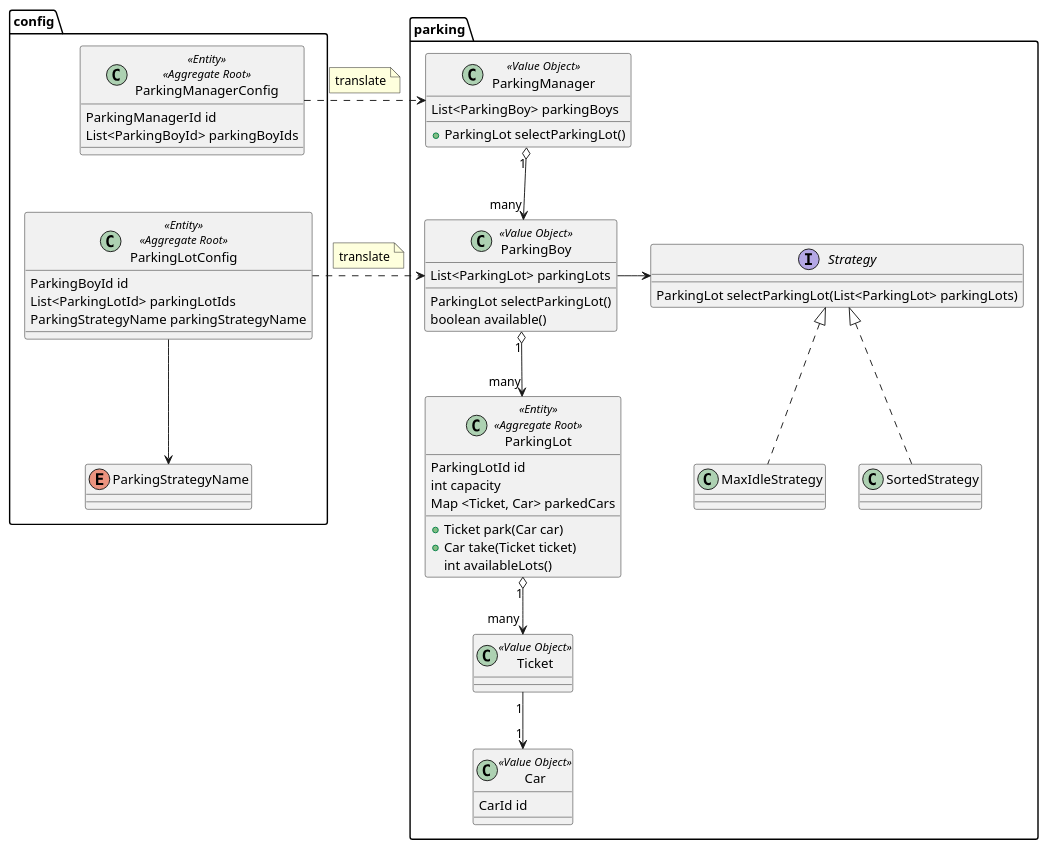
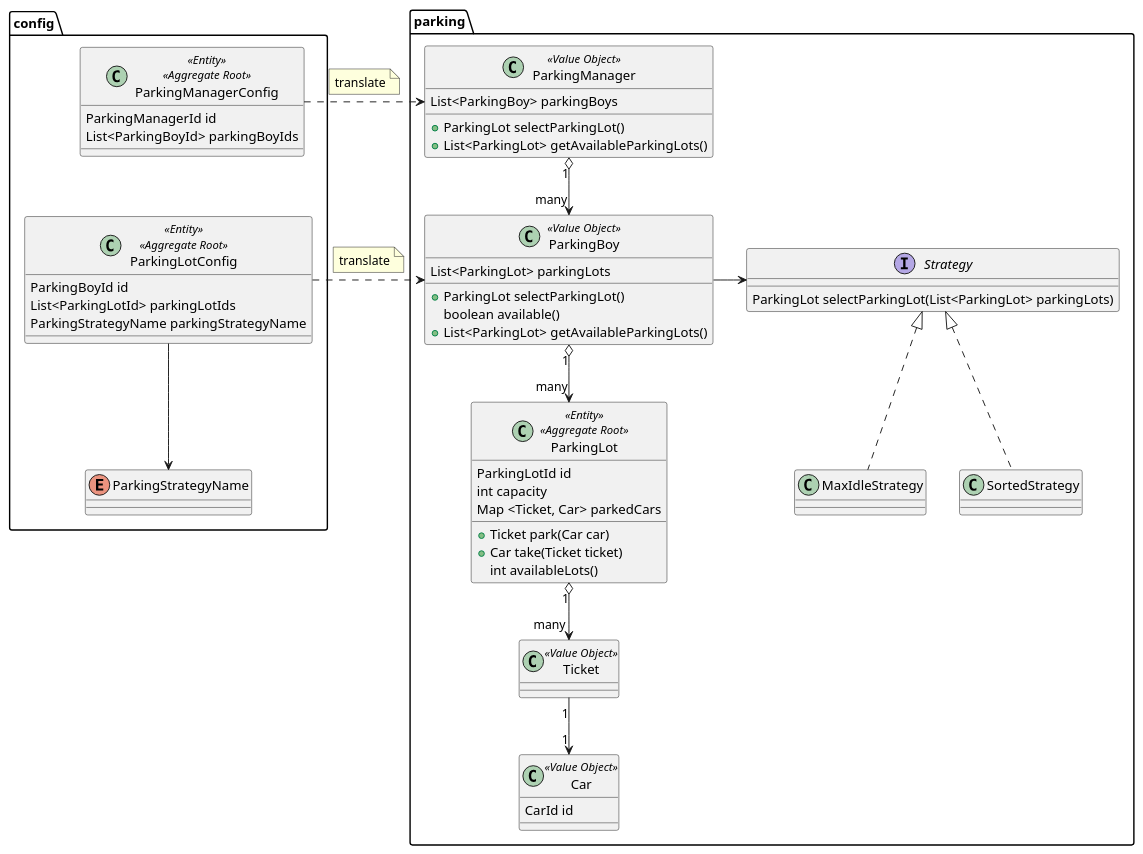
The diagram in src/main/resources/plantuml/ParkingLotsManagement.puml (dlstonedl/ddd-practice), drawn with PlantUML before and after one commit.

Commit message:
update uml

```diff
--- a/src/main/resources/plantuml/ParkingLotsManagement.puml
+++ b/src/main/resources/plantuml/ParkingLotsManagement.puml
@@ -1,75 +1,77 @@
 @startuml
 
 package config {
   class ParkingManagerConfig <<Entity>> <<Aggregate Root>> {
      ParkingManagerId id
      List<ParkingBoyId> parkingBoyIds
   }
 
   ParkingManagerConfig --[hidden] ParkingLotConfig
 
   class ParkingLotConfig <<Entity>> <<Aggregate Root>> {
     ParkingBoyId id
     List<ParkingLotId> parkingLotIds
     ParkingStrategyName parkingStrategyName
   }
 
   enum ParkingStrategyName
   ParkingLotConfig --> ParkingStrategyName
 }
 
 
 package parking {
   class ParkingManager <<Value Object>> {
     List<ParkingBoy> parkingBoys
 
     + ParkingLot selectParkingLot()
+    + List<ParkingLot> getAvailableParkingLots()
   }
   ParkingManagerConfig .> ParkingManager
   note top on link
     translate
   end note
   ParkingManager  "1" o--> "many" ParkingBoy
 
   class ParkingBoy <<Value Object>> {
     List<ParkingLot> parkingLots
 
-    ParkingLot selectParkingLot()
+    + ParkingLot selectParkingLot()
     boolean available()
+    + List<ParkingLot> getAvailableParkingLots()
   }
   ParkingLotConfig .> ParkingBoy
   note top on link
     translate
   end note
 
   interface Strategy {
     ParkingLot selectParkingLot(List<ParkingLot> parkingLots)
   }
   class SortedStrategy
   class MaxIdleStrategy
   Strategy <|.. SortedStrategy
   Strategy <|.. MaxIdleStrategy
   ParkingBoy -> Strategy
 
   class ParkingLot <<Entity>> <<Aggregate Root>> {
     ParkingLotId id
     int capacity
     Map <Ticket, Car> parkedCars
 
     + Ticket park(Car car)
     + Car take(Ticket ticket)
     int availableLots()
   }
 
   Class Car <<Value Object>> {
       CarId id
   }
 
   Class Ticket <<Value Object>> {
   }
 
   Ticket "1" --> "1" Car
   ParkingLot "1" o--> "many" Ticket
   ParkingBoy "1" o--> "many" ParkingLot
 }
 @enduml
```
